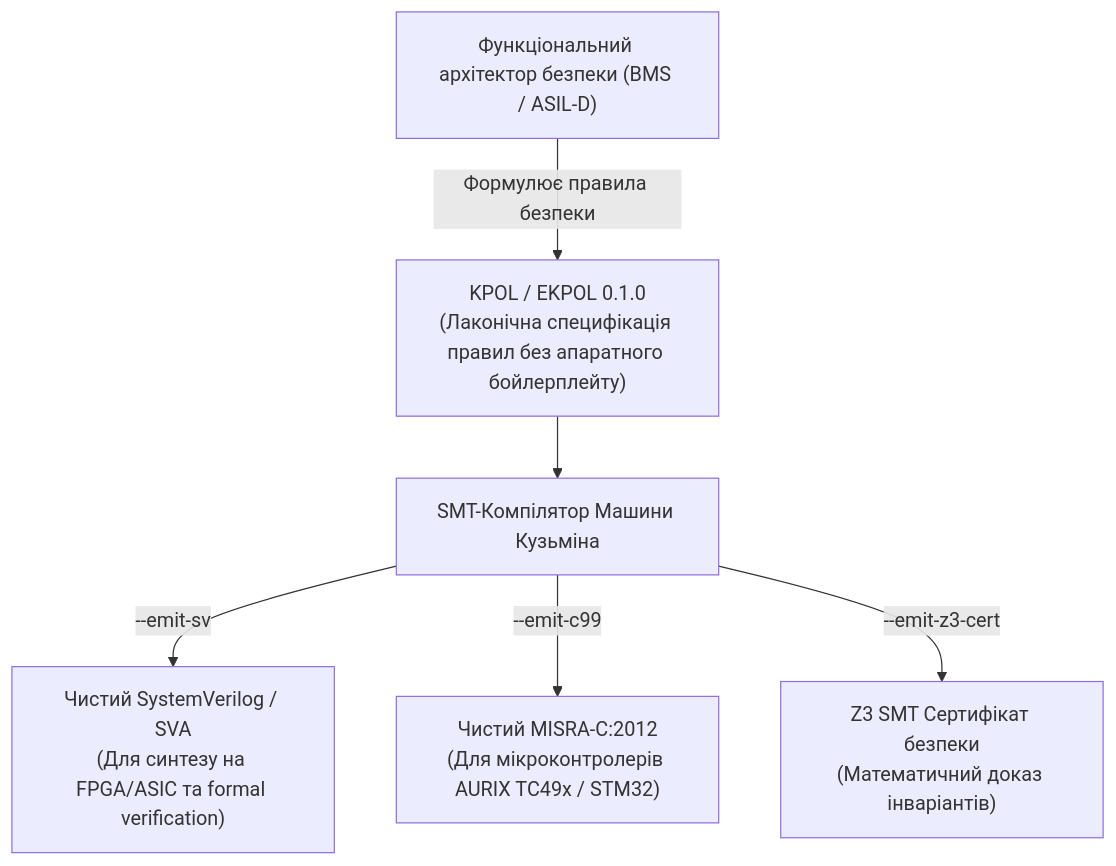
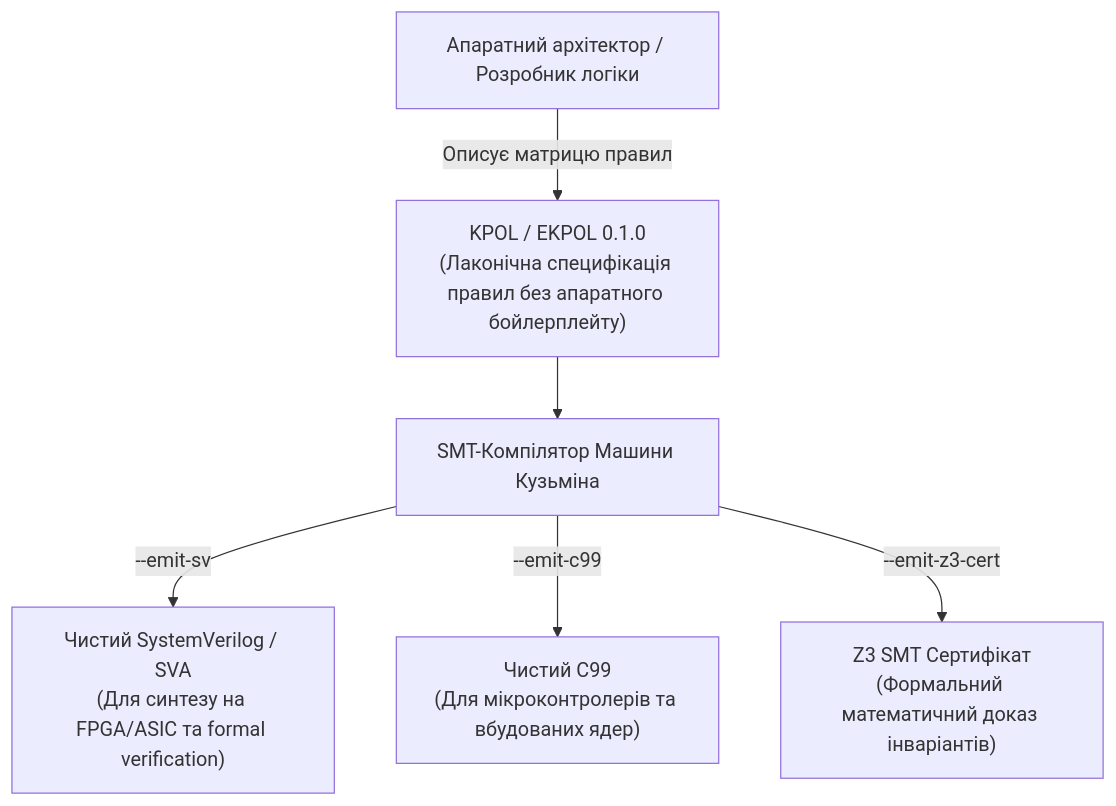
Before and after one commit to nick-fedchik/kuzmin-machine: the second of 2 diagrams in Articles/KPOL-vs-SystemVerilog.md, drawn with Mermaid. The commit also changed other lines of this file, not shown here.

Commit message:
docs(article): вилучити нерелевантні згадки ISO 26262 / ASIL-D та скоригувати фокус на RTL/SVA

````diff
--- a/Articles/KPOL-vs-SystemVerilog.md
+++ b/Articles/KPOL-vs-SystemVerilog.md
@@ -423,16 +423,16 @@
 ```mermaid
 flowchart TD
-    Architect["Функціональний архітектор безпеки (BMS / ASIL-D)"]
+    Architect["Апаратний архітектор / Розробник логіки"]
     KPOL_DSL["KPOL / EKPOL 0.1.0<br/>(Лаконічна специфікація правил без апаратного бойлерплейту)"]
     Compiler["SMT-Компілятор Машини Кузьміна"]
 
     SV_Out["Чистий SystemVerilog / SVA<br/>(Для синтезу на FPGA/ASIC та formal verification)"]
-    C_Out["Чистий MISRA-C:2012<br/>(Для мікроконтролерів AURIX TC49x / STM32)"]
-    Z3_Cert["Z3 SMT Сертифікат безпеки<br/>(Математичний доказ інваріантів)"]
+    C_Out["Чистий C99<br/>(Для мікроконтролерів та вбудованих ядер)"]
+    Z3_Cert["Z3 SMT Сертифікат<br/>(Формальний математичний доказ інваріантів)"]
 
-    Architect -->|"Формулює правила безпеки"| KPOL_DSL
+    Architect -->|"Описує матрицю правил"| KPOL_DSL
     KPOL_DSL --> Compiler
     Compiler -->|"--emit-sv"| SV_Out
     Compiler -->|"--emit-c99"| C_Out
     Compiler -->|"--emit-z3-cert"| Z3_Cert
 ```
````
